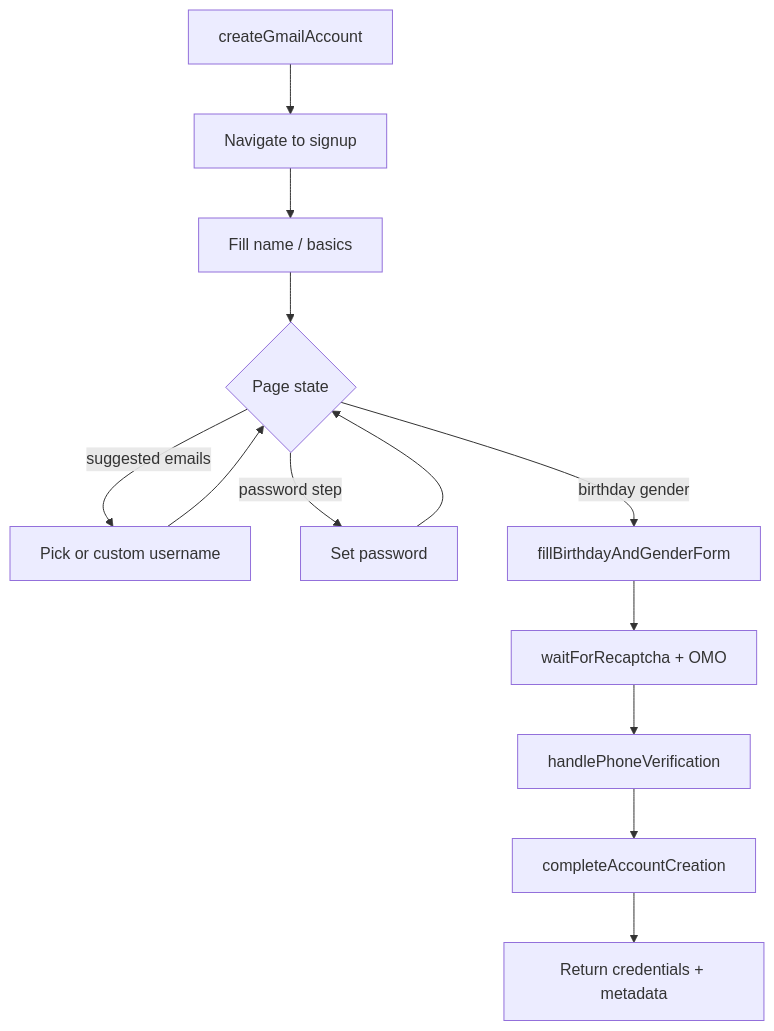
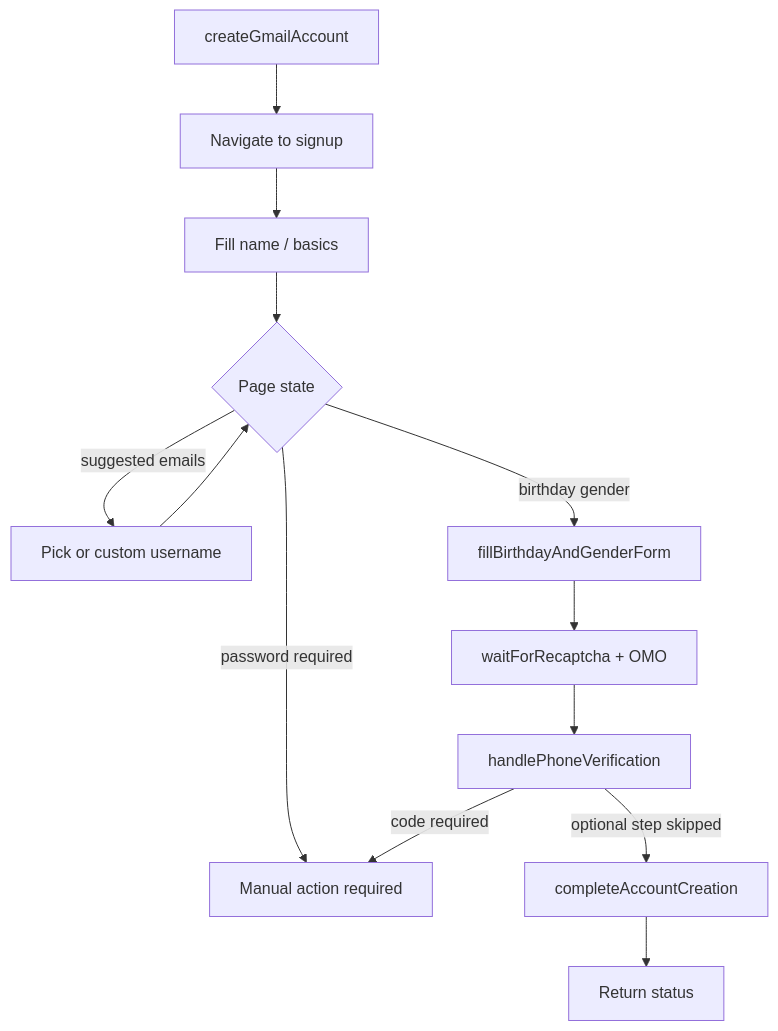
The third of 3 diagrams in README.md (lihah111222333-cloud/camoufox-profile-suite), drawn with Mermaid before and after one commit. The commit also changed other lines of this file and 51 other files, not shown here.

````diff
--- a/README.md
+++ b/README.md
@@ -188,15 +186,15 @@
 ```mermaid
 flowchart TD
   A[createGmailAccount] --> B[Navigate to signup]
   B --> C[Fill name / basics]
   C --> D{Page state}
   D -->|suggested emails| E[Pick or custom username]
-  D -->|password step| F[Set password]
+  D -->|password required| F[Manual action required]
   D -->|birthday gender| G[fillBirthdayAndGenderForm]
   E --> D
-  F --> D
   G --> H[waitForRecaptcha + OMO]
   H --> I[handlePhoneVerification]
-  I --> J[completeAccountCreation]
-  J --> K[Return credentials + metadata]
+  I -->|optional step skipped| J[completeAccountCreation]
+  I -->|code required| F
+  J --> K[Return status]
 ```
````
